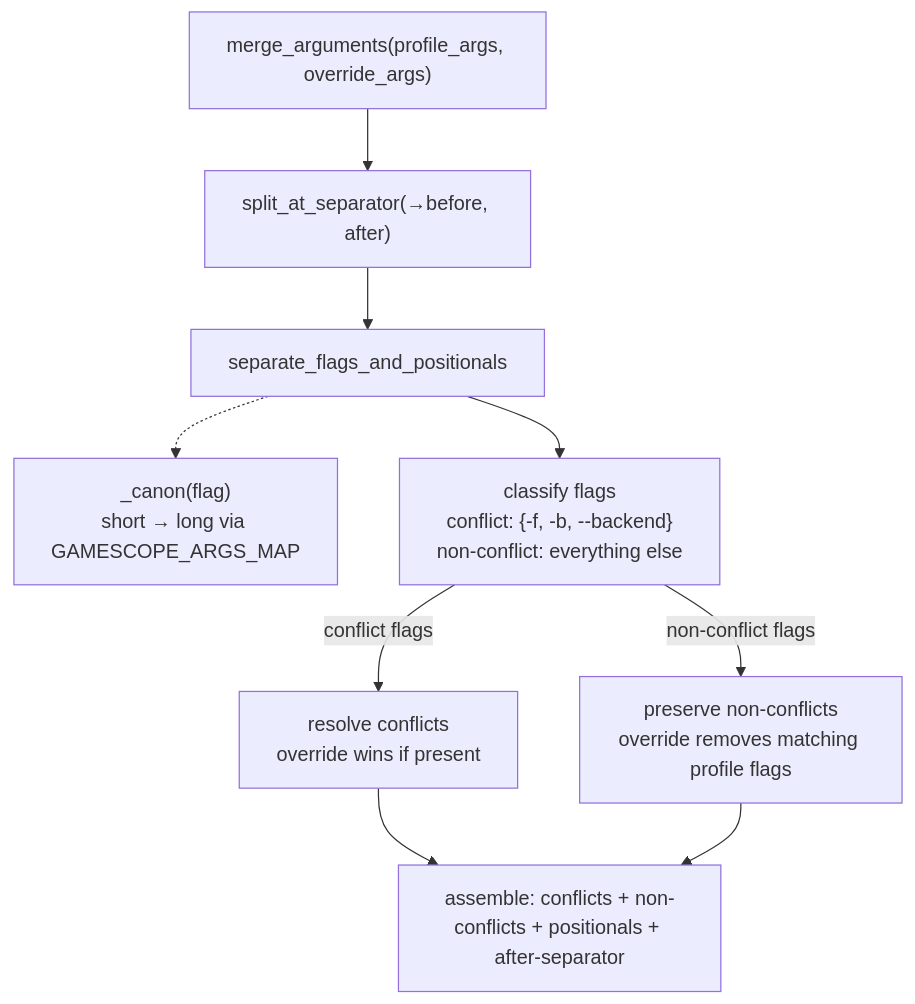
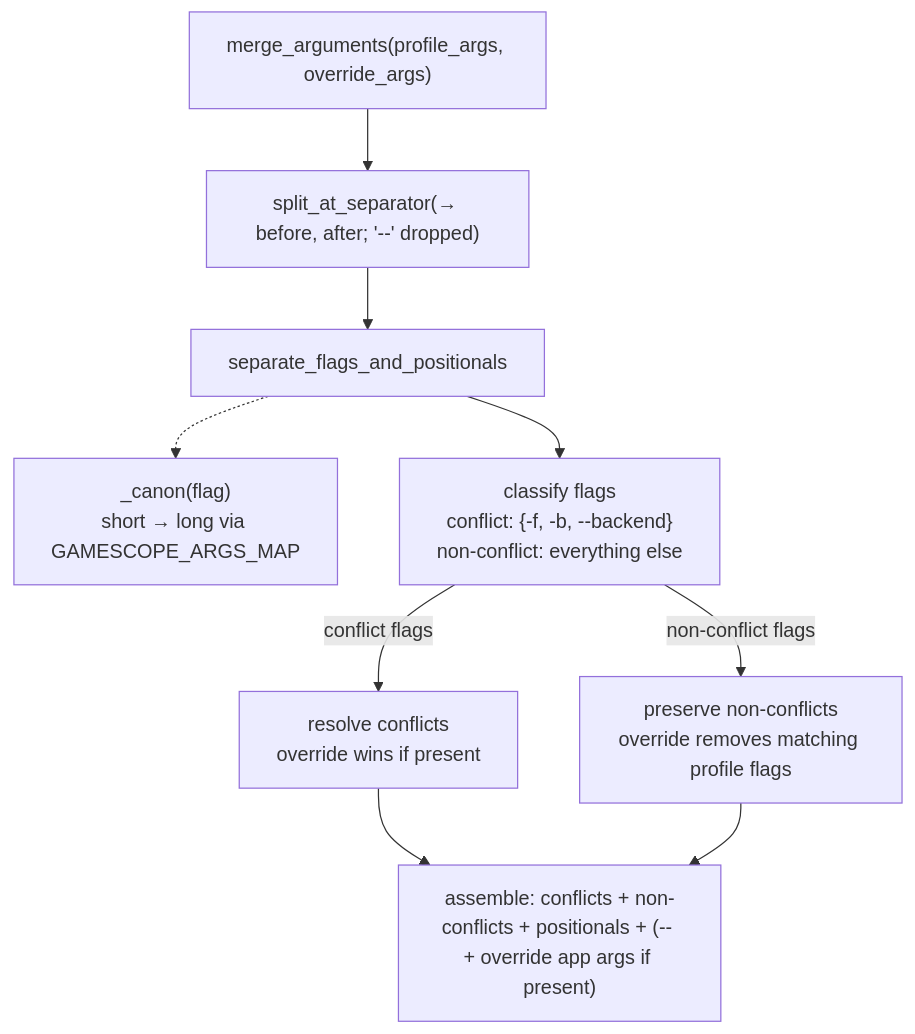
One commit to WombatFromHell/neoscopebuddy changed the fourth of 6 diagrams in DESIGN.md. Above: the diagram before and after it, drawn with Mermaid. The commit also changed other lines of this file and 8 other files, not shown here.

````diff
--- a/DESIGN.md
+++ b/DESIGN.md
@@ -221,23 +222,23 @@
 ```mermaid
 graph TD
     IN["merge_arguments(profile_args, override_args)"]
 
-    S1["split_at_separator(→before, after)"]
+    S1["split_at_separator(→ before, after; '--' dropped)"]
     S2["separate_flags_and_positionals"]
 
     CANON["_canon(flag)<br/>short → long via GAMESCOPE_ARGS_MAP"]
 
     CLASSIFY["classify flags<br/>conflict: {-f, -b, --backend}<br/>non-conflict: everything else"]
 
     RESOLVE["resolve conflicts<br/>override wins if present"]
     PRESERVE["preserve non-conflicts<br/>override removes matching profile flags"]
 
-    ASSEMBLE["assemble: conflicts + non-conflicts + positionals + after-separator"]
+    ASSEMBLE["assemble: conflicts + non-conflicts + positionals + (-- + override app args if present)"]
 
     IN --> S1 --> S2 --> CLASSIFY
     CLASSIFY -->|"conflict flags"| RESOLVE
     CLASSIFY -->|"non-conflict flags"| PRESERVE
     RESOLVE --> ASSEMBLE
     PRESERVE --> ASSEMBLE
     S2 -.-> CANON
 ```
````
